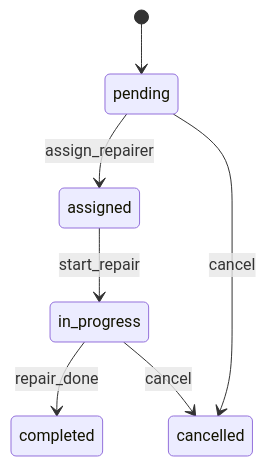
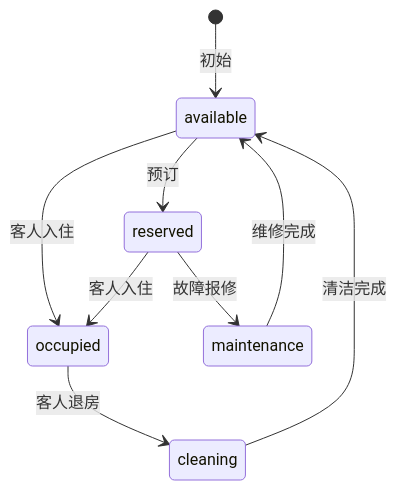
One commit to choisaaaaa/IoT_Smart_Hotel_System changed the eighth of 12 diagrams in docs/database_er_diagram.md. Above: the diagram before and after it, drawn with Mermaid. The commit also changed other lines of this file, not shown here.

Commit message:
docs(database): 更新数据库ER图中关系描述为中文

````diff
--- a/docs/database_er_diagram.md
+++ b/docs/database_er_diagram.md
@@ -463,9 +409,11 @@
 ```mermaid
 stateDiagram-v2
-    [*] --> pending
-    pending --> assigned: assign_repairer
-    pending --> cancelled: cancel
-    assigned --> in_progress: start_repair
-    in_progress --> completed: repair_done
-    in_progress --> cancelled: cancel
+    [*] --> available: 初始
+    available --> occupied: 客人入住
+    occupied --> cleaning: 客人退房
+    cleaning --> available: 清洁完成
+    available --> reserved: 预订
+    reserved --> occupied: 客人入住
+    reserved --> maintenance: 故障报修
+    maintenance --> available: 维修完成
 ```
````
